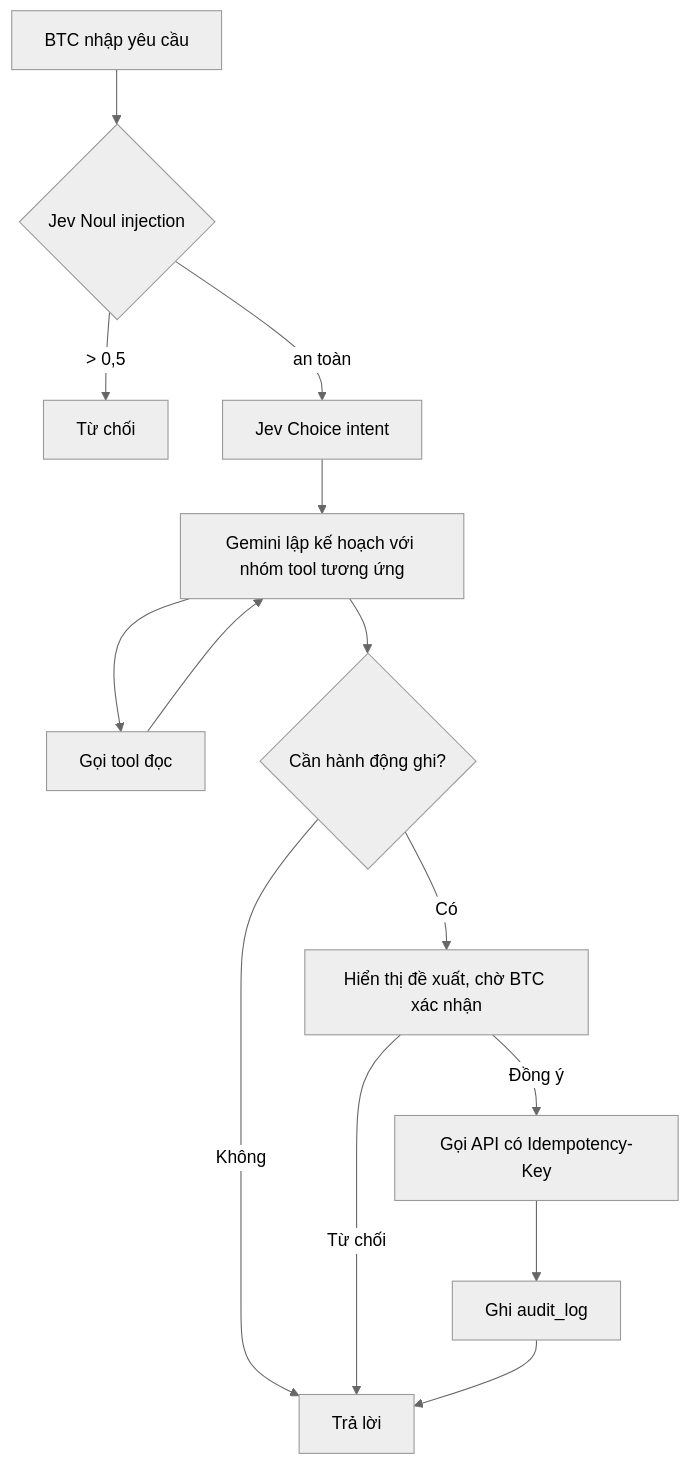
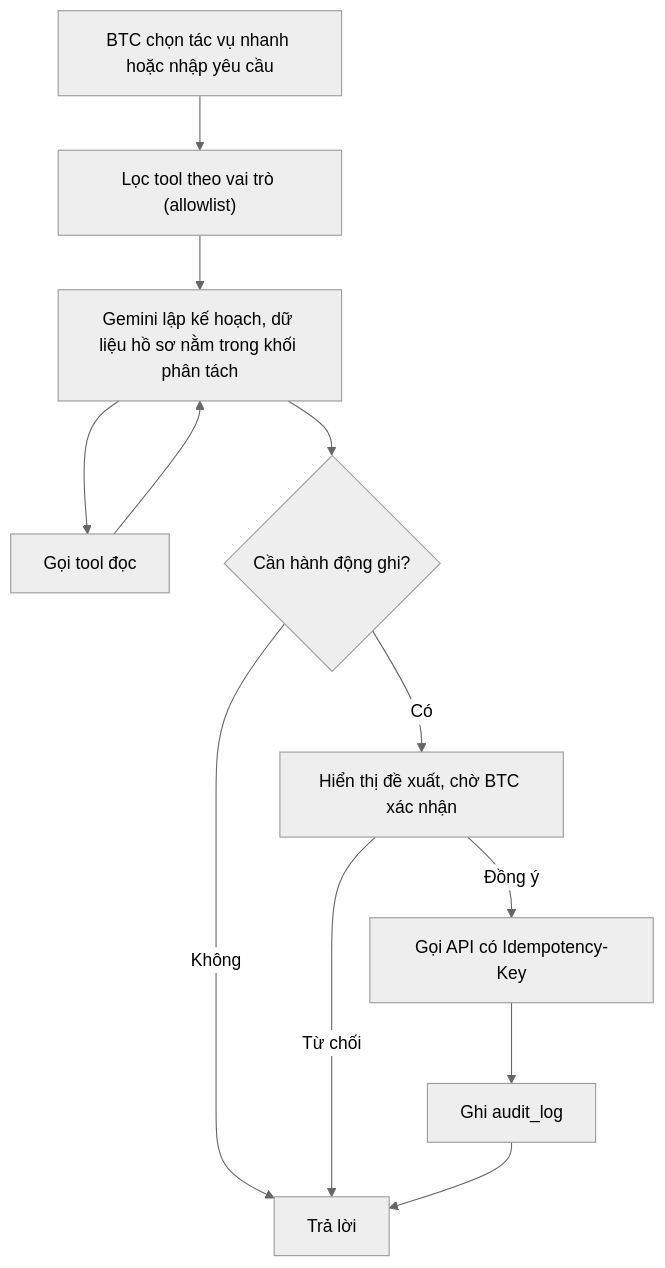
One commit to Trung1234/davas-matching changed the eighth of 11 diagrams in README.md. Above: the diagram before and after it, drawn with Mermaid (neutral theme). The commit also changed other lines of this file, not shown here.

````diff
--- a/README.md
+++ b/README.md
@@ -448,15 +529,13 @@
 ```mermaid
 flowchart TD
-    U["BTC nhập yêu cầu"] --> I1{"Jev Noul injection"}
-    I1 -->|"> 0,5"| X["Từ chối"]
-    I1 -->|"an toàn"| I2["Jev Choice intent"]
-    I2 --> P["Gemini lập kế hoạch với nhóm tool tương ứng"]
+    U["BTC chọn tác vụ nhanh hoặc nhập yêu cầu"] --> AL["Lọc tool theo vai trò (allowlist)"]
+    AL --> P["Gemini lập kế hoạch, dữ liệu hồ sơ nằm trong khối phân tách"]
     P --> T1["Gọi tool đọc"]
     T1 --> P
     P --> W{"Cần hành động ghi?"}
     W -->|"Không"| R["Trả lời"]
     W -->|"Có"| CF["Hiển thị đề xuất, chờ BTC xác nhận"]
     CF -->|"Đồng ý"| EX["Gọi API có Idempotency-Key"]
     CF -->|"Từ chối"| R
     EX --> AU["Ghi audit_log"] --> R
 ```
````
